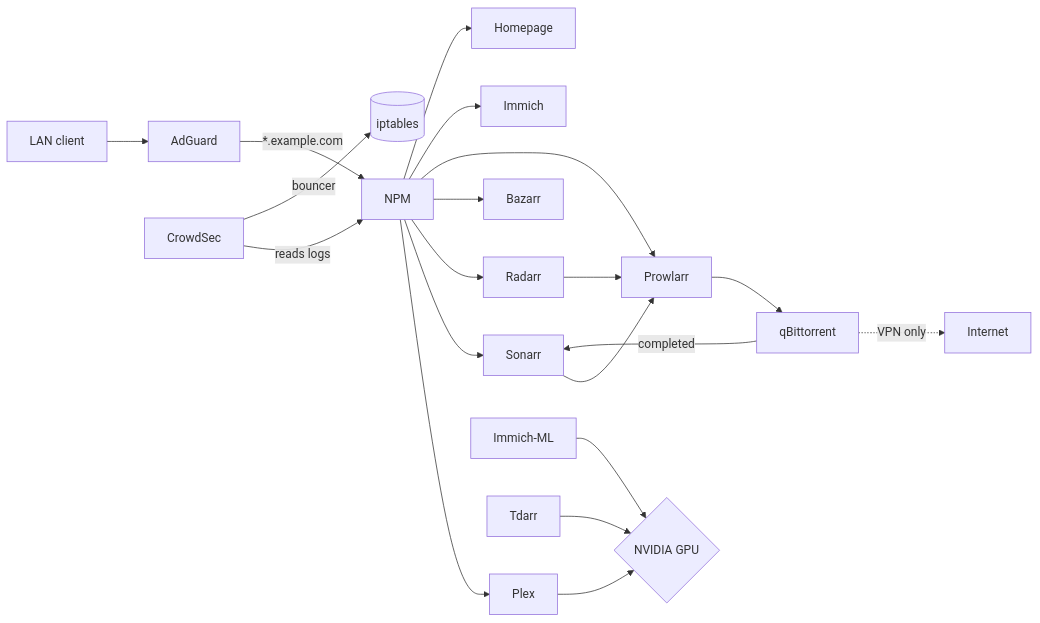
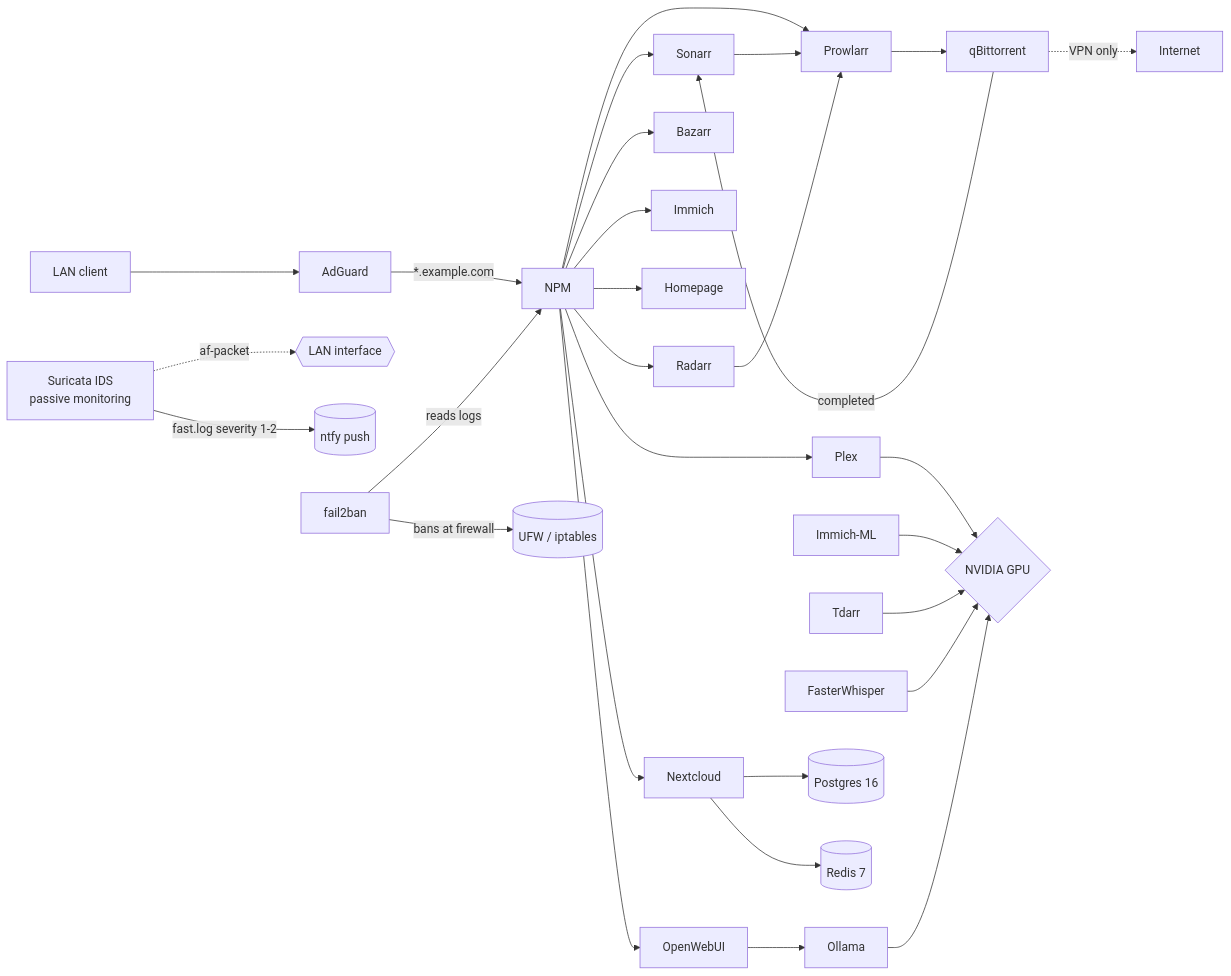
Before and after one commit to MrTorriz/homelab: the second of 3 diagrams in docs/architecture.md, drawn with Mermaid. The commit also changed other lines of this file and 7 other files, not shown here.

First line of the commit message:
docs: rewrite security narrative around Suricata IDS + event-driven alerting

````diff
--- a/docs/architecture.md
+++ b/docs/architecture.md
@@ -50,20 +50,30 @@
 ```mermaid
 flowchart LR
     User[LAN client] --> AdGuard
     AdGuard -->|*.example.com| NPM
     NPM --> Plex
     NPM --> Sonarr & Radarr & Bazarr & Prowlarr
     NPM --> Immich
     NPM --> Homepage
 
     Sonarr & Radarr --> Prowlarr --> qBittorrent
     qBittorrent -->|completed| Sonarr
     qBittorrent -.->|VPN only| Internet
 
     Plex --> NVENC{NVIDIA GPU}
     Immich-ML --> NVENC
     Tdarr --> NVENC
+    FasterWhisper --> NVENC
+    Ollama --> NVENC
 
-    CrowdSec -->|reads logs| NPM
-    CrowdSec -->|bouncer| iptables[(iptables)]
+    NPM --> Nextcloud
+    NPM --> OpenWebUI
+    OpenWebUI --> Ollama
+    Nextcloud --> Postgres[(Postgres 16)]
+    Nextcloud --> Redis[(Redis 7)]
+
+    Suri[Suricata IDS<br/>passive monitoring] -.->|af-packet| LANIface{{LAN interface}}
+    Suri -->|fast.log severity 1-2| ntfy[(ntfy push)]
+    fail2ban -->|reads logs| NPM
+    fail2ban -->|bans at firewall| UFW[(UFW / iptables)]
 ```
````
